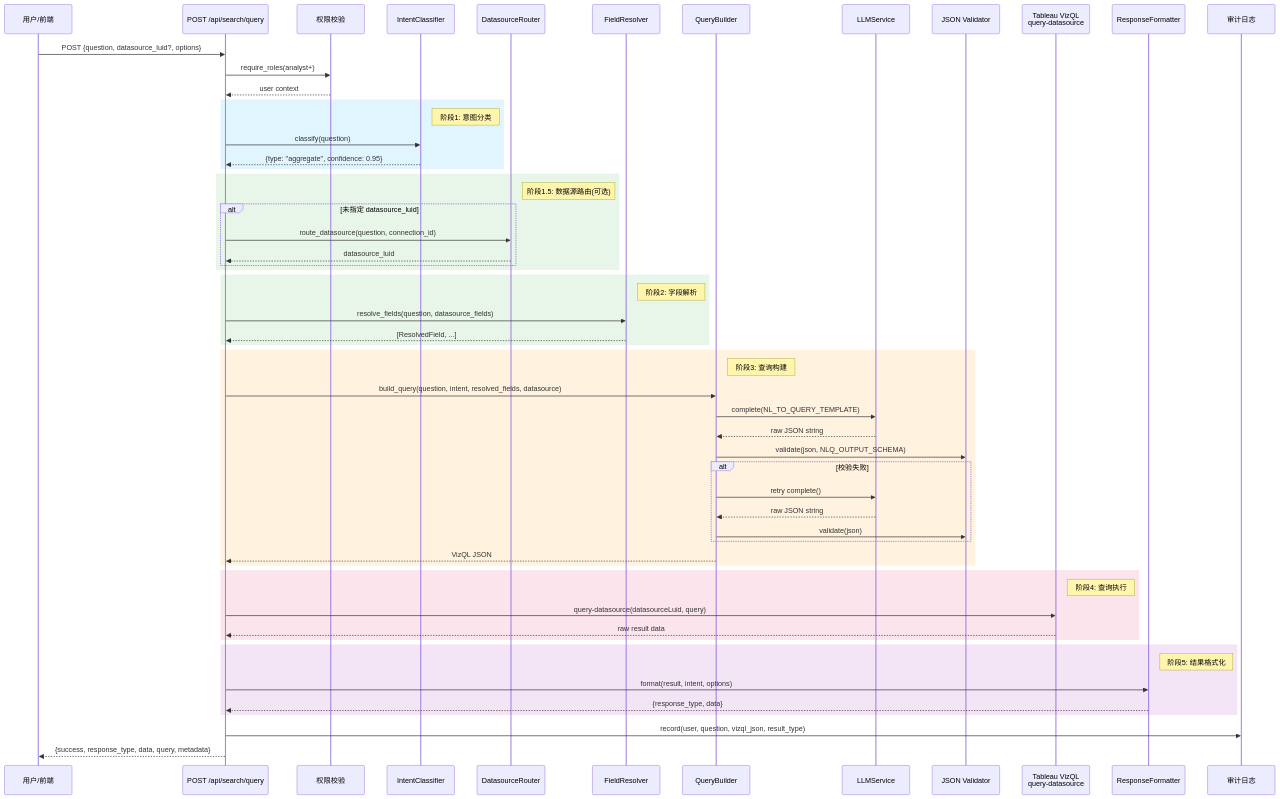
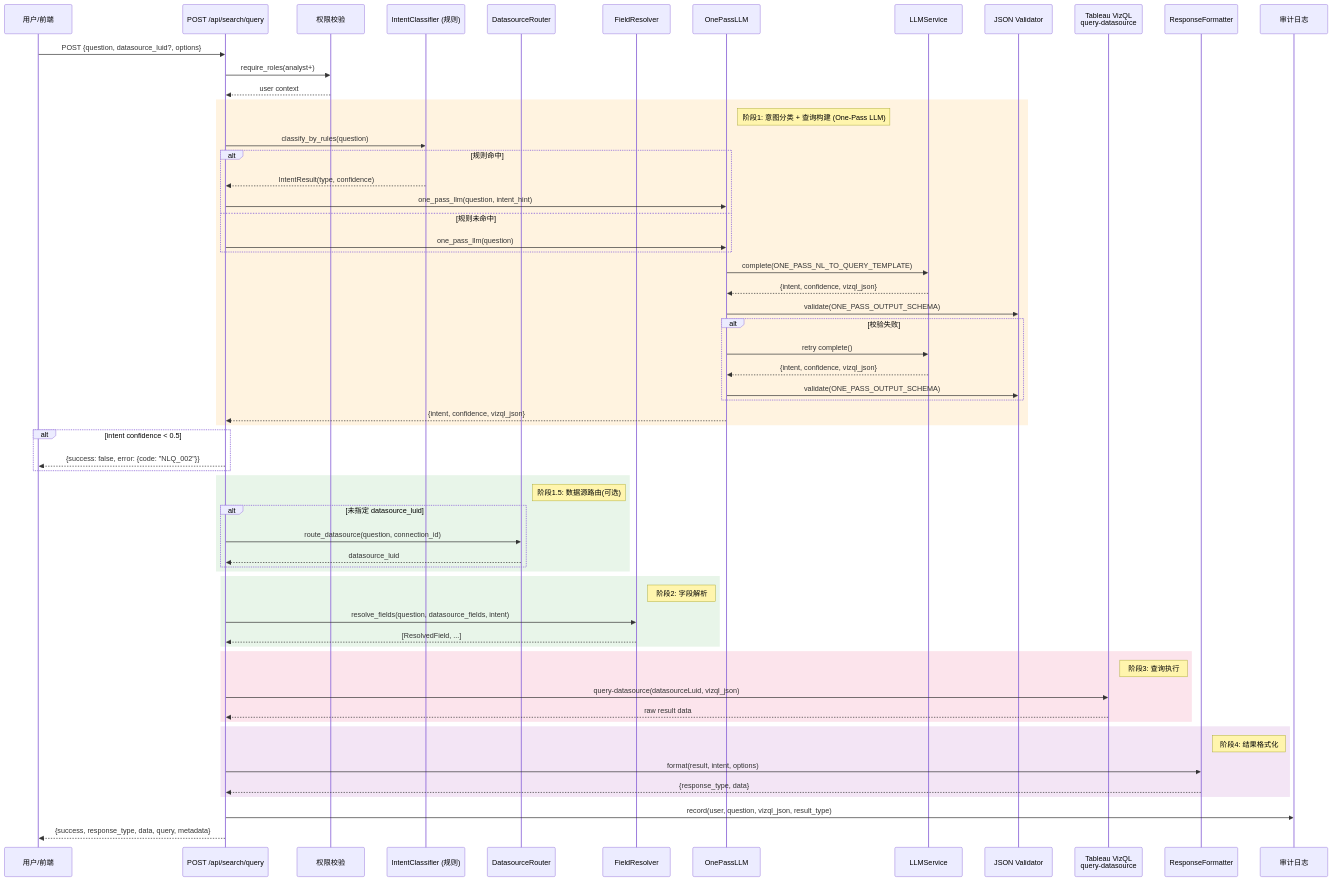
Before and after one commit to Forrest219/mulan-bi-platform: the third of 4 diagrams in docs/specs/14-nl-to-query-pipeline-spec.md, drawn with Mermaid. The commit also changed other lines of this file and 14 other files, not shown here.

First line of the commit message:
feat: 实现知识库模块 + 优化 NL-to-Query 流水线(One-Pass LLM)

````diff
--- a/docs/specs/14-nl-to-query-pipeline-spec.md
+++ b/docs/specs/14-nl-to-query-pipeline-spec.md
@@ -758,68 +844,72 @@
 ```mermaid
 sequenceDiagram
     participant User as 用户/前端
     participant API as POST /api/search/query
     participant Auth as 权限校验
-    participant IC as IntentClassifier
+    participant IC as IntentClassifier (规则)
     participant Router as DatasourceRouter
     participant FR as FieldResolver
-    participant QB as QueryBuilder
+    participant OP as OnePassLLM
     participant LLM as LLMService
     participant VAL as JSON Validator
     participant VIZQL as Tableau VizQL<br/>query-datasource
     participant FMT as ResponseFormatter
     participant LOG as 审计日志
 
     User->>API: POST {question, datasource_luid?, options}
     API->>Auth: require_roles(analyst+)
     Auth-->>API: user context
 
-    rect rgb(225, 245, 254)
-        Note right of IC: 阶段1: 意图分类
-        API->>IC: classify(question)
-        IC-->>API: {type: "aggregate", confidence: 0.95}
+    rect rgb(255, 243, 224)
+        Note right of OP: 阶段1: 意图分类 + 查询构建 (One-Pass LLM)
+        API->>IC: classify_by_rules(question)
+        alt 规则命中
+            IC-->>API: IntentResult(type, confidence)
+            API->>OP: one_pass_llm(question, intent_hint)
+        else 规则未命中
+            API->>OP: one_pass_llm(question)
+        end
+        OP->>LLM: complete(ONE_PASS_NL_TO_QUERY_TEMPLATE)
+        LLM-->>OP: {intent, confidence, vizql_json}
+        OP->>VAL: validate(ONE_PASS_OUTPUT_SCHEMA)
+        alt 校验失败
+            OP->>LLM: retry complete()
+            LLM-->>OP: {intent, confidence, vizql_json}
+            OP->>VAL: validate(ONE_PASS_OUTPUT_SCHEMA)
+        end
+        OP-->>API: {intent, confidence, vizql_json}
+    end
+
+    alt intent confidence < 0.5
+        API-->>User: {success: false, error: {code: "NLQ_002"}}
     end
 
     rect rgb(232, 245, 233)
         Note right of Router: 阶段1.5: 数据源路由(可选)
         alt 未指定 datasource_luid
             API->>Router: route_datasource(question, connection_id)
             Router-->>API: datasource_luid
         end
     end
 
     rect rgb(232, 245, 233)
         Note right of FR: 阶段2: 字段解析
-        API->>FR: resolve_fields(question, datasource_fields)
+        API->>FR: resolve_fields(question, datasource_fields, intent)
         FR-->>API: [ResolvedField, ...]
     end
 
-    rect rgb(255, 243, 224)
-        Note right of QB: 阶段3: 查询构建
-        API->>QB: build_query(question, intent, resolved_fields, datasource)
-        QB->>LLM: complete(NL_TO_QUERY_TEMPLATE)
-        LLM-->>QB: raw JSON string
-        QB->>VAL: validate(json, NLQ_OUTPUT_SCHEMA)
-        alt 校验失败
-            QB->>LLM: retry complete()
-            LLM-->>QB: raw JSON string
-            QB->>VAL: validate(json)
-        end
-        QB-->>API: VizQL JSON
-    end
-
     rect rgb(252, 228, 236)
-        Note right of VIZQL: 阶段4: 查询执行
-        API->>VIZQL: query-datasource(datasourceLuid, query)
+        Note right of VIZQL: 阶段3: 查询执行
+        API->>VIZQL: query-datasource(datasourceLuid, vizql_json)
         VIZQL-->>API: raw result data
     end
 
     rect rgb(243, 229, 245)
-        Note right of FMT: 阶段5: 结果格式化
+        Note right of FMT: 阶段4: 结果格式化
         API->>FMT: format(result, intent, options)
         FMT-->>API: {response_type, data}
     end
 
     API->>LOG: record(user, question, vizql_json, result_type)
     API-->>User: {success, response_type, data, query, metadata}
 ```
````
